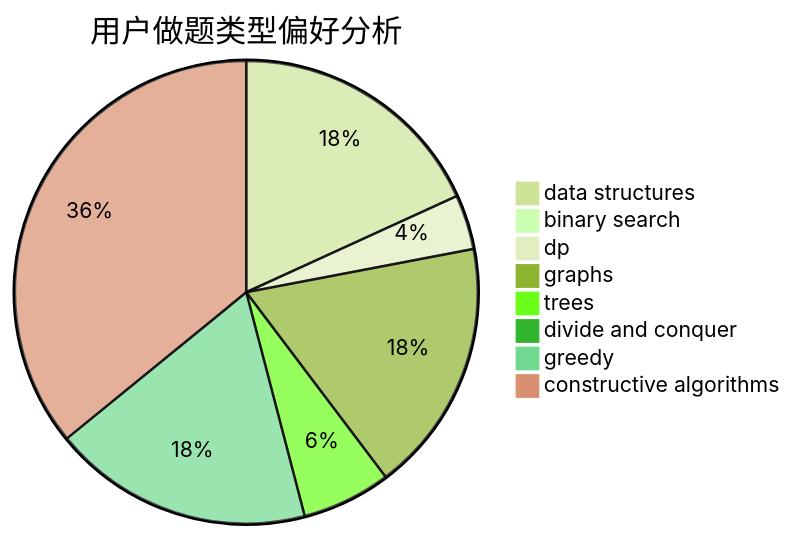
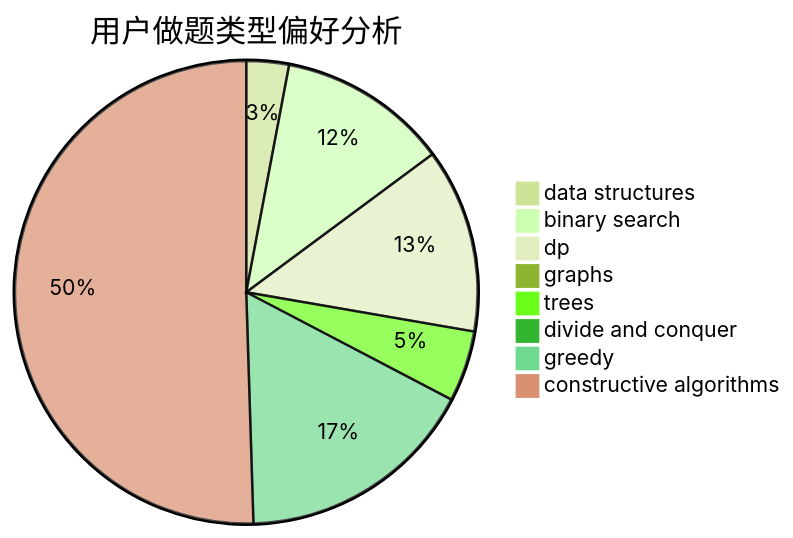
Before and after one commit to sherpahu/cfrs.github.io: the second of 3 diagrams in docs/user/u1474.md, drawn with Mermaid (forest theme). The commit also changed other lines of this file and 2770 other files, not shown here.

````diff
--- a/docs/user/u1474.md
+++ b/docs/user/u1474.md
@@ -23,11 +23,11 @@
 ```mermaid
 pie title 用户做题类型偏好分析
-    "data structures" :  38
-    "binary search" :  0
-    "dp" :  8
-    "graphs" :  37
-    "trees" :  13
+    "data structures" :  3
+    "binary search" :  12
+    "dp" :  13
+    "graphs" :  1
+    "trees" :  5
     "divide and conquer" :  0
-    "greedy" :  38
-    "constructive algorithms" :  75
+    "greedy" :  17
+    "constructive algorithms" :  51
 ```
````
